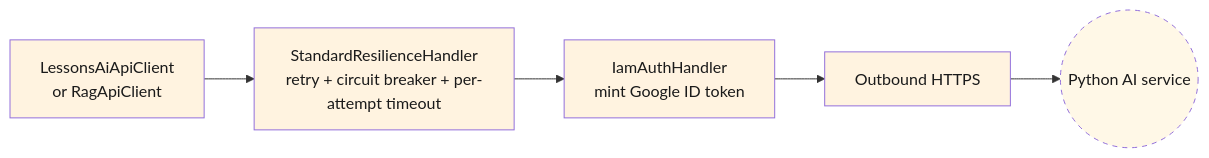
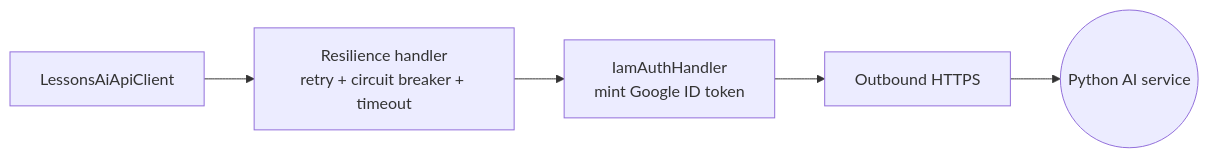
The second of 3 diagrams in diagrams/backend/04-infrastructure.md (Dockdep/LessonHub), drawn with Mermaid before and after one commit. The commit also changed other lines of this file and 36 other files, not shown here.

````diff
--- a/diagrams/backend/04-infrastructure.md
+++ b/diagrams/backend/04-infrastructure.md
@@ -171,13 +54,7 @@
 ```mermaid
 flowchart LR
-  classDef step fill:#fff3e0,color:#1a1a1a
-  classDef ext stroke-dasharray: 5 5,fill:#fff8e7,color:#1a1a1a
-
-  caller[LessonsAiApiClient<br/>or RagApiClient]:::step
-  res[StandardResilienceHandler<br/>retry + circuit breaker + per-attempt timeout]:::step
-  iam[IamAuthHandler<br/>mint Google ID token]:::step
-  http[Outbound HTTPS]:::step
-  ai((Python AI service)):::ext
-
-  caller --> res --> iam --> http --> ai
+  caller[LessonsAiApiClient] --> res[Resilience handler<br/>retry + circuit breaker + timeout]
+  res --> iam[IamAuthHandler<br/>mint Google ID token]
+  iam --> http[Outbound HTTPS]
+  http --> ai((Python AI service))
 ```
````
